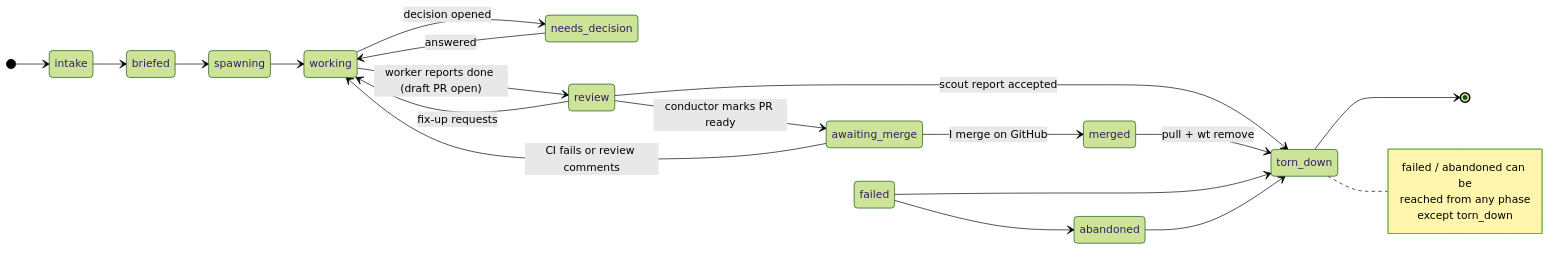
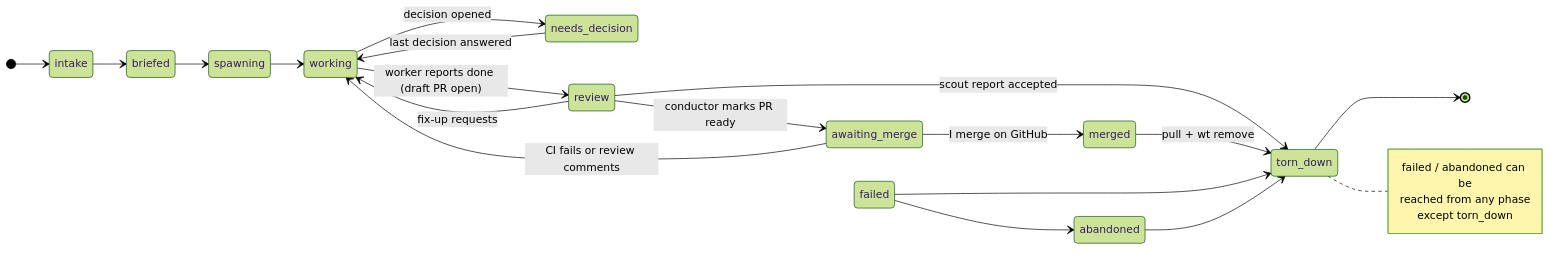
The second of 2 diagrams in docs/design.md (erd/conductor), drawn with Mermaid (forest theme) before and after one commit. The commit also changed other lines of this file and 8 other files, not shown here.

````diff
--- a/docs/design.md
+++ b/docs/design.md
@@ -193,27 +196,27 @@
 ```mermaid
 stateDiagram-v2
     direction LR
     [*] --> intake
     intake --> briefed
     briefed --> spawning
     spawning --> working
     working --> needs_decision: decision opened
-    needs_decision --> working: answered
+    needs_decision --> working: last decision answered
     working --> review: worker reports done (draft PR open)
     review --> working: fix-up requests
     review --> awaiting_merge: conductor marks PR ready
     awaiting_merge --> working: CI fails or review comments
     awaiting_merge --> merged: I merge on GitHub
     review --> torn_down: scout report accepted
     merged --> torn_down: pull + wt remove
     failed --> abandoned
     failed --> torn_down
     abandoned --> torn_down
     torn_down --> [*]
 
     note right of torn_down
         failed / abandoned can be
         reached from any phase
         except torn_down
     end note
 ```
````
